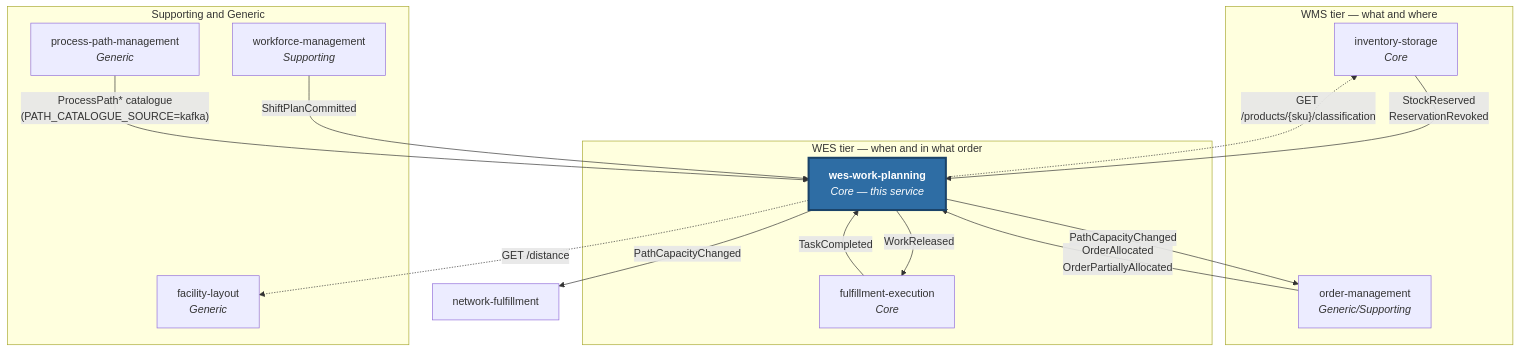
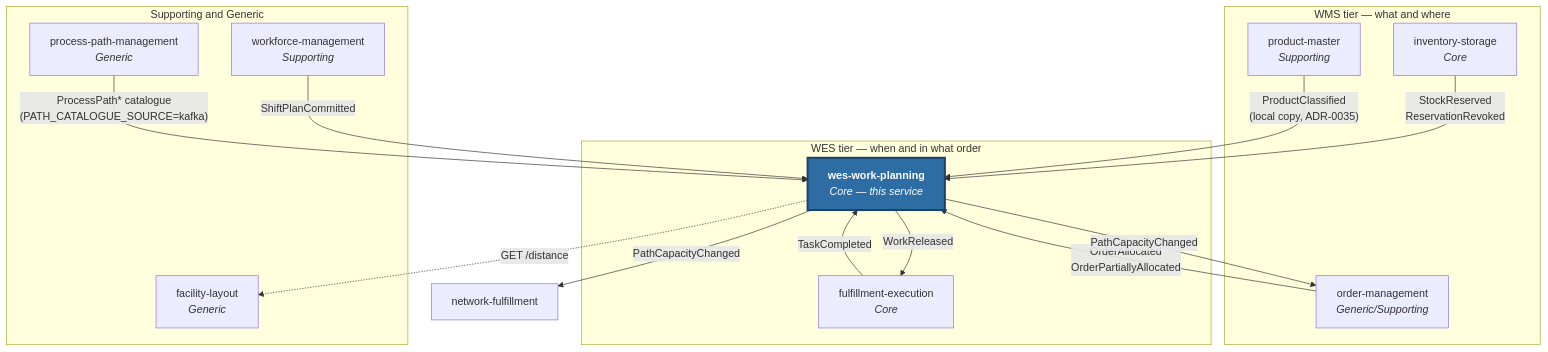
The diagram in docs/docs/ecosystem/index.md (IQVO/wes-work-planning), drawn with Mermaid before and after one commit. The commit also changed 22 other files, not shown here.

First line of the commit message:
docs: asyncapi, rules and docs for the product-master classification copy (ADR-0035)

````diff
--- a/docs/docs/ecosystem/index.md
+++ b/docs/docs/ecosystem/index.md
@@ -27,30 +27,31 @@
 ```mermaid
 flowchart TB
     subgraph wms["WMS tier — what and where"]
         INV["inventory-storage<br/><i>Core</i>"]
         OM["order-management<br/><i>Generic/Supporting</i>"]
+        PM["product-master<br/><i>Supporting</i>"]
     end
     subgraph wes["WES tier — when and in what order"]
         WP["<b>wes-work-planning</b><br/><i>Core — this service</i>"]
         FE["fulfillment-execution<br/><i>Core</i>"]
     end
     subgraph sup["Supporting and Generic"]
         WM["workforce-management<br/><i>Supporting</i>"]
         FL["facility-layout<br/><i>Generic</i>"]
         PPM["process-path-management<br/><i>Generic</i>"]
     end
     NF["network-fulfillment"]
 
     INV -->|"StockReserved<br/>ReservationRevoked"| WP
     WM -->|"ShiftPlanCommitted"| WP
     OM -->|"OrderAllocated<br/>OrderPartiallyAllocated"| WP
     PPM -->|"ProcessPath* catalogue<br/>(PATH_CATALOGUE_SOURCE=kafka)"| WP
     WP -->|"WorkReleased"| FE
     WP -->|"PathCapacityChanged"| OM
     WP -->|"PathCapacityChanged"| NF
     FE -->|"TaskCompleted"| WP
-    WP -.->|"GET /products/{sku}/classification"| INV
+    PM -->|"ProductClassified<br/>(local copy, ADR-0035)"| WP
     WP -.->|"GET /distance"| FL
 
     style WP fill:#2e6da4,color:#ffffff,stroke:#1b4368,stroke-width:3px
 ```
````
